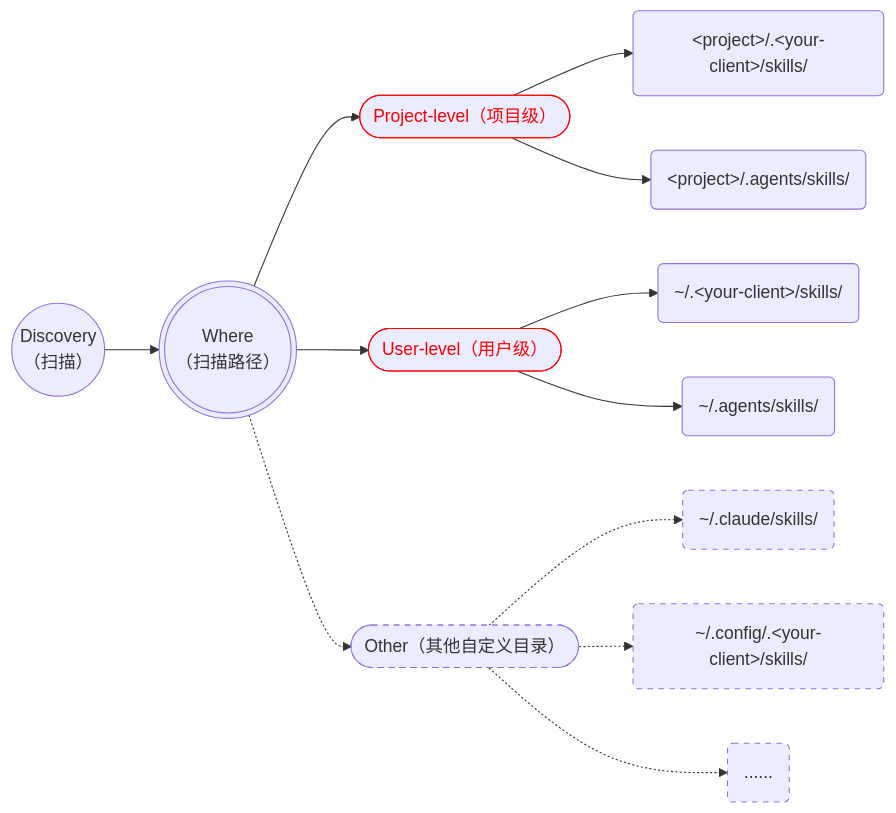
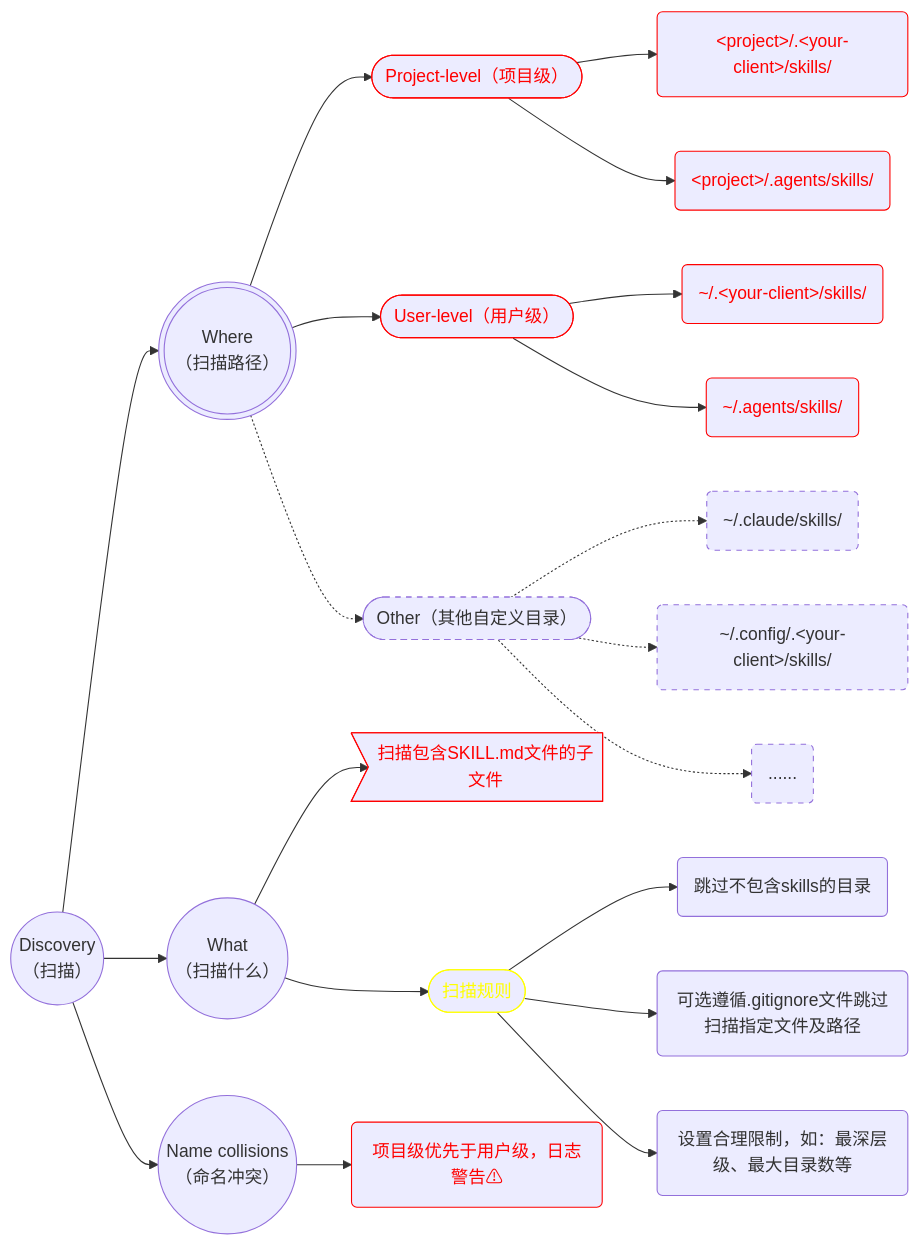
One commit to 290044632/bookmark changed the first of 2 diagrams in AI/Skill_support.md. Above: the diagram before and after it, drawn with Mermaid. The commit also changed other lines of this file, not shown here.

````diff
--- a/AI/Skill_support.md
+++ b/AI/Skill_support.md
@@ -4,22 +4,36 @@
 ```mermaid
 flowchart LR
     A(("Discovery
     （扫描）"))
     A-->A1((("Where
     （扫描路径）")))
     A1-->A11(["Project-level（项目级）"])
     A11-->A111("&lt;project>/.&lt;your-client>/skills/")
     A11-->A112("&lt;project>/.agents/skills/")
     A1-->A21(["User-level（用户级）"])
     A21-->A211("~/.&lt;your-client>/skills/")
     A21-->A212("~/.agents/skills/")
     A1-.->A31(["Other（其他自定义目录）"])
     A31-.->A311("~/.claude/skills/")
     A31-.->A312("~/.config/.&lt;your-client>/skills/")
     A31-.->A313("......")
+    
+    A-->B(("What
+    （扫描什么）"))
+    B-->B1>"扫描包含SKILL.md文件的子文件"]
+    B-->B2(["扫描规则"])
+    B2-->B21("跳过不包含skills的目录")
+    B2-->B22("可选遵循.gitignore文件跳过扫描指定文件及路径")
+    B2-->B23("设置合理限制，如：最深层级、最大目录数等")
+ 
+    A-->C(("Name collisions
+    （命名冲突）"))
+    C-->C1("项目级优先于用户级，日志警告⚠")
 
 classDef required color:red,stroke:red
+classDef highlight color:yellow,stroke:yellow
 classDef optional stroke-dasharray: 5 5
-class A11,A21 required
+class A11,A21,A111,A112,A211,A212,B1,C1 required
 class A31,A311,A312,A313 optional
+class B2 highlight
 ```
````
